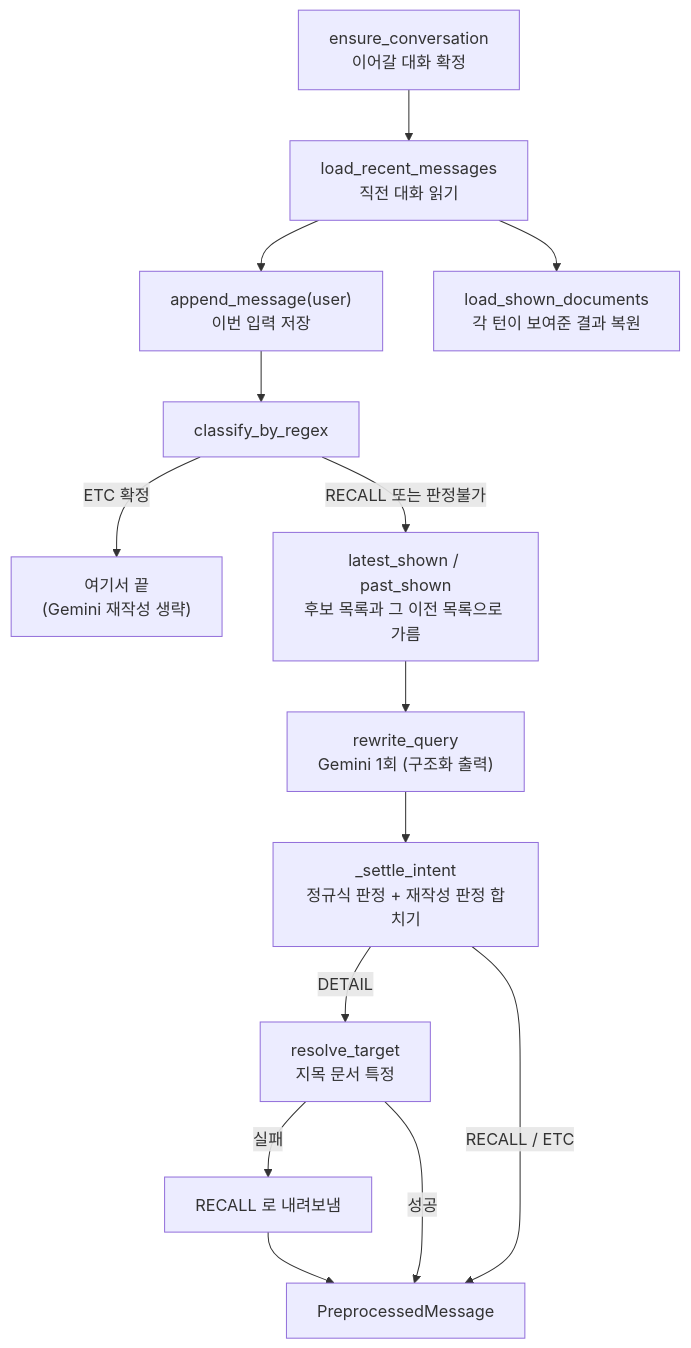
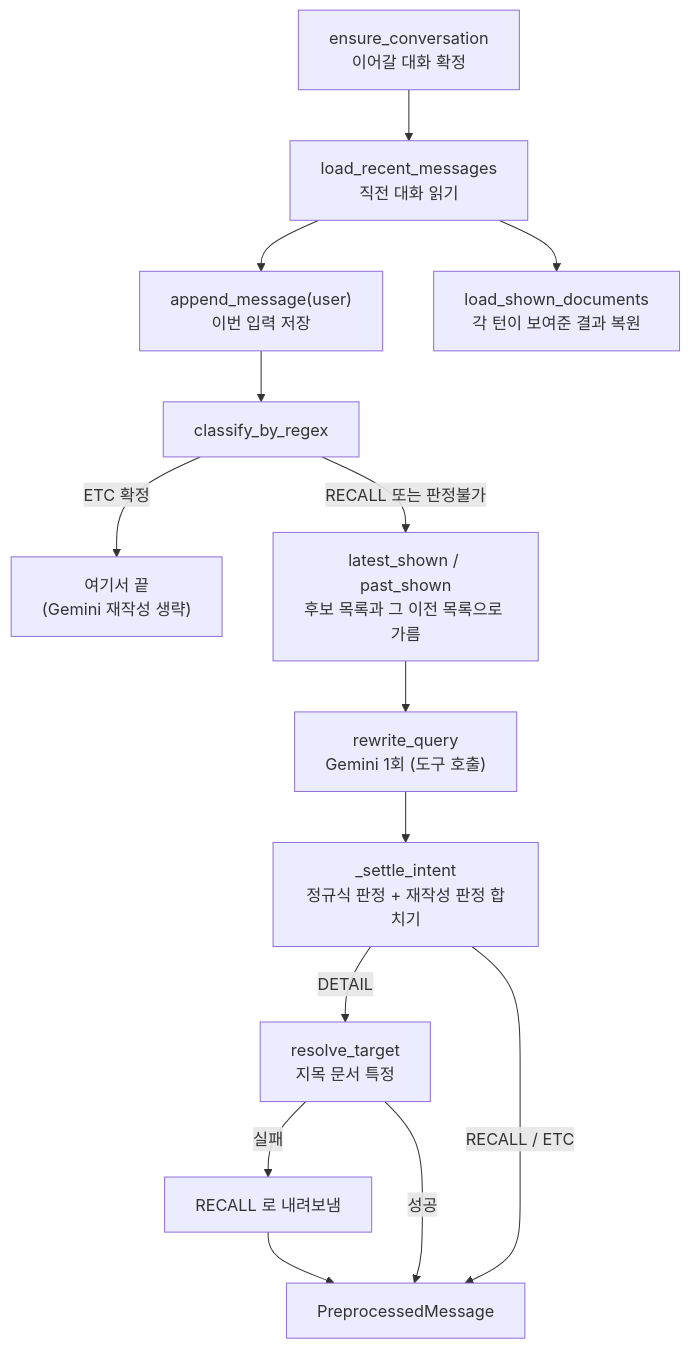
The third of 5 diagrams in docs/query-flow.md (haesuo566/history_tracker), drawn with Mermaid before and after one commit. The commit also changed other lines of this file and 33 other files, not shown here.

````diff
--- a/docs/query-flow.md
+++ b/docs/query-flow.md
@@ -141,16 +141,16 @@
 ```mermaid
 flowchart TD
     A["ensure_conversation<br/>이어갈 대화 확정"] --> B["load_recent_messages<br/>직전 대화 읽기"]
     B --> C["append_message(user)<br/>이번 입력 저장"]
     C --> D["classify_by_regex"]
     D -->|"ETC 확정"| E["여기서 끝<br/>(Gemini 재작성 생략)"]
     B --> B2["load_shown_documents<br/>각 턴이 보여준 결과 복원"]
     D -->|"RECALL 또는 판정불가"| F["latest_shown / past_shown<br/>후보 목록과 그 이전 목록으로 가름"]
-    F --> G["rewrite_query<br/>Gemini 1회 (구조화 출력)"]
+    F --> G["rewrite_query<br/>Gemini 1회 (도구 호출)"]
     G --> H["_settle_intent<br/>정규식 판정 + 재작성 판정 합치기"]
     H -->|"DETAIL"| I["resolve_target<br/>지목 문서 특정"]
     I -->|"실패"| J["RECALL 로 내려보냄"]
     I -->|"성공"| K["PreprocessedMessage"]
     H -->|"RECALL / ETC"| K
     J --> K
 ```
````
